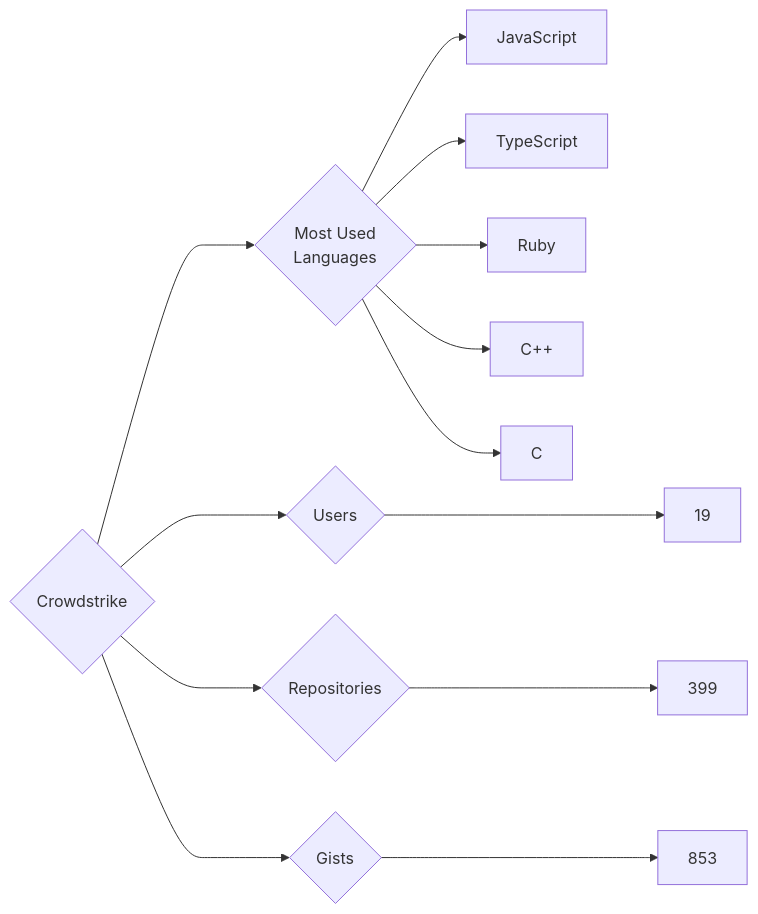
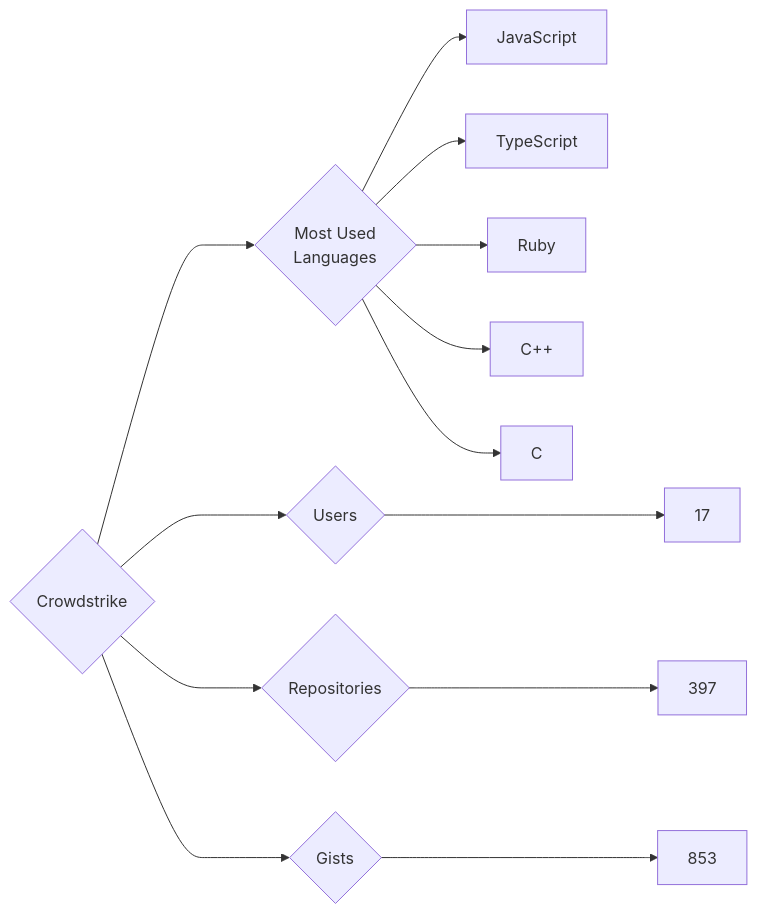
The diagram in targets/Crowdstrike/README.md (trickest/insiders), drawn with Mermaid before and after one commit. The commit also changed 1030 other files, not shown here.

````diff
--- a/targets/Crowdstrike/README.md
+++ b/targets/Crowdstrike/README.md
@@ -3,13 +3,13 @@
 ```mermaid
 graph LR
 COMPANY_NAME{Crowdstrike}
-COMPANY_NAME ---> U{Users} ---> UN[19]
-COMPANY_NAME ---> R{Repositories} ---> RN[399]
+COMPANY_NAME ---> U{Users} ---> UN[17]
+COMPANY_NAME ---> R{Repositories} ---> RN[397]
 COMPANY_NAME ---> G{Gists} ---> GN[853]
 COMPANY_NAME ---> ML{Most Used<br>Languages}
 ML --> JavaScript[JavaScript]
 ML --> TypeScript[TypeScript]
 ML --> Ruby[Ruby]
 ML --> C++[C++]
 ML --> C[C]
 ```
````
